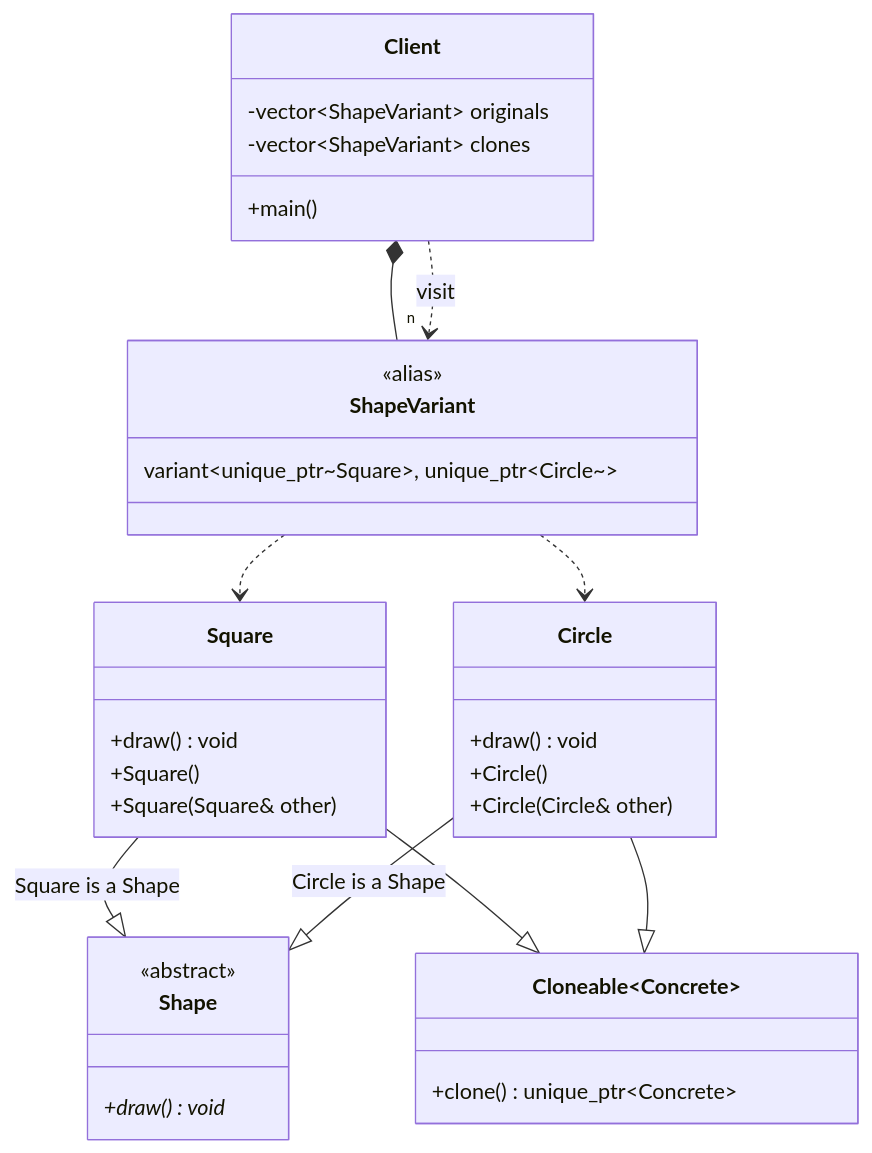
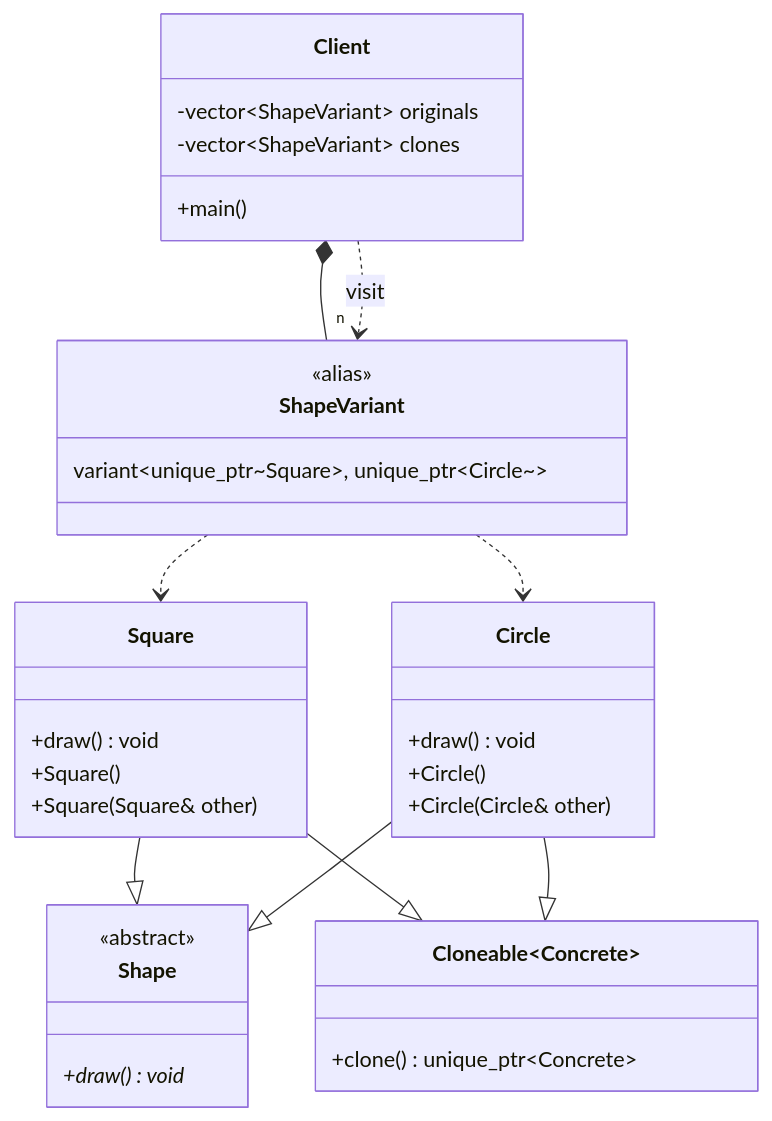
The diagram in 32_CRTP/04_VariantHeapClone/diagram.md (MarioGalindoQ/Modern-CPP-Design-Patterns), drawn with Mermaid before and after one commit.

Commit message:
Improving Variant Examples

````diff
--- a/32_CRTP/04_VariantHeapClone/diagram.md
+++ b/32_CRTP/04_VariantHeapClone/diagram.md
@@ -3,50 +3,50 @@
 ```mermaid
 classDiagram
    class Shape {
       <<abstract>>
       +draw()* void
    }
 
    class Cloneable~Concrete~ {
       +clone() unique_ptr~Concrete~
    }
 
    class Square {
       +draw() void
       +Square()
       +Square(Square& other)
    }
 
    class Circle {
       +draw() void
       +Circle()
       +Circle(Circle& other)
    }
 
    class ShapeVariant {
       <<alias>>
       variant~unique_ptr~Square~, unique_ptr~Circle~~
    }
 
    class Client {
       +main()
       -vector~ShapeVariant~ originals
       -vector~ShapeVariant~ clones
    }
 
    %% Relationships
-   Square --|> Shape : Square is a Shape
-   Circle --|> Shape : Circle is a Shape
+   Square --|> Shape
+   Circle --|> Shape
 
    Square --|> Cloneable~Square~
    Circle --|> Cloneable~Circle~
 
    ShapeVariant ..> Square
    ShapeVariant ..> Circle
 
    %% The Client owns a collection of variants containing unique_ptrs
    Client *-- "n" ShapeVariant
 
    %% Interaction via std::visit for static dispatch
    Client ..> ShapeVariant : visit
 ```
````
